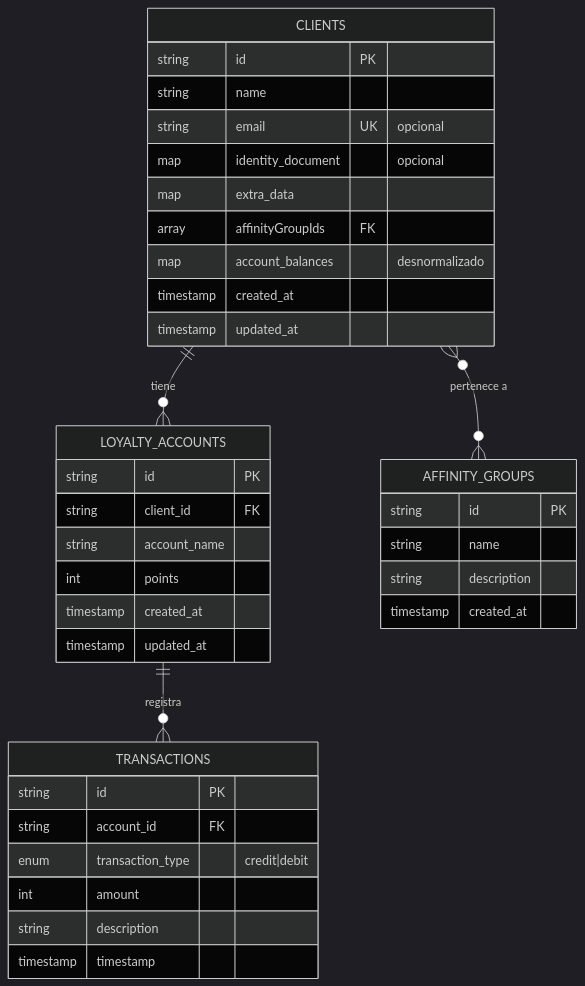
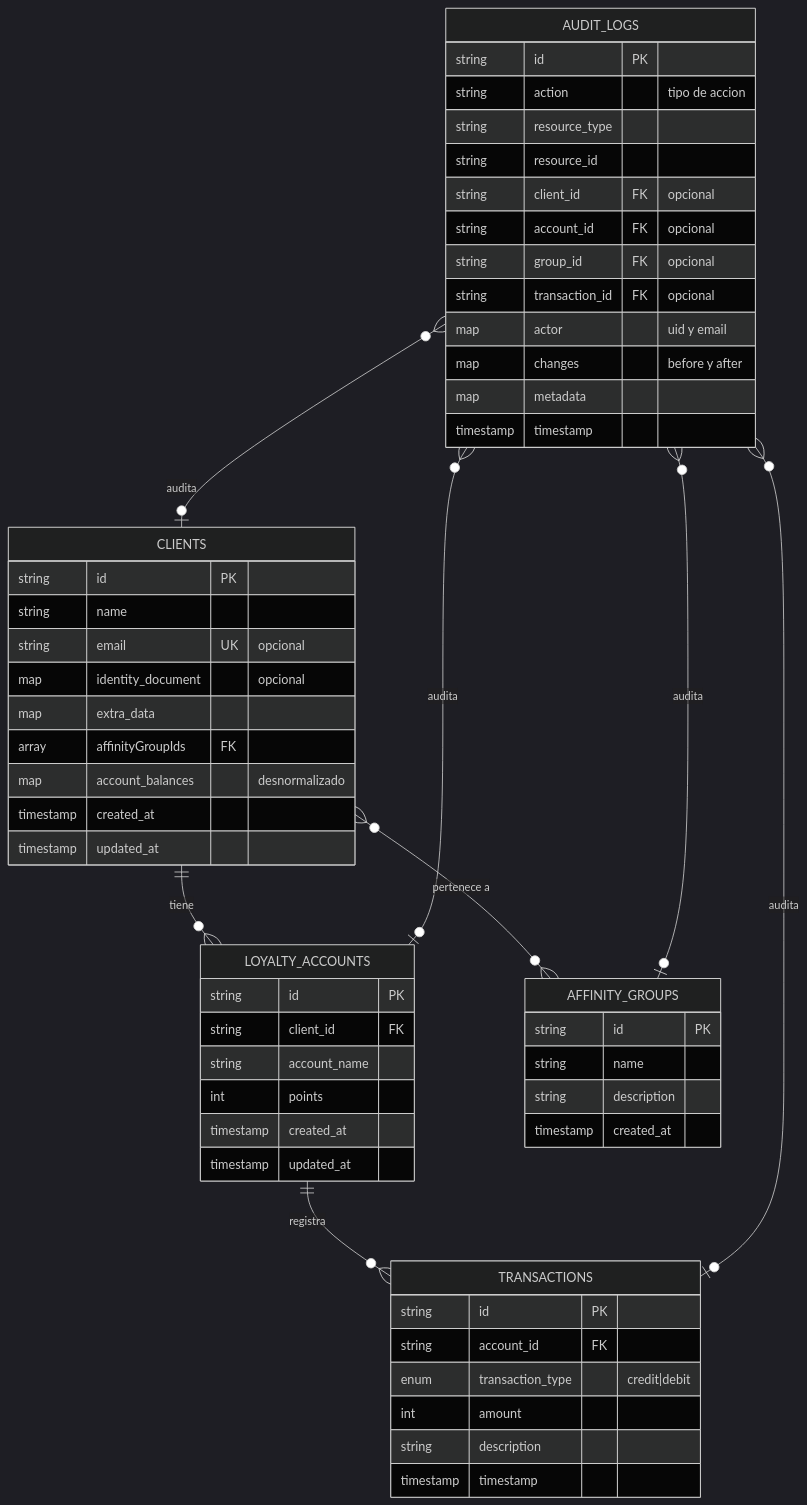
The second of 5 diagrams in README.md (fnoya/loyalty-gen), drawn with Mermaid (dark theme) before and after one commit. The commit also changed 1 other file, not shown here.

Commit message:
docs: add AUDIT_LOGS entity to data model diagrams
Updated the ER diagrams in README.md and docs/README.md to include
the auditLogs collection with its relationships to other entities
(clients, loyalty accounts, transactions, and affinity groups)
as defined in ARCHITECTURE.md section 4.1.

````diff
--- a/README.md
+++ b/README.md
@@ -139,43 +139,62 @@
 ```mermaid
 erDiagram
     CLIENTS ||--o{ LOYALTY_ACCOUNTS : "tiene"
     CLIENTS }o--o{ AFFINITY_GROUPS : "pertenece a"
     LOYALTY_ACCOUNTS ||--o{ TRANSACTIONS : "registra"
+    AUDIT_LOGS }o--o| CLIENTS : "audita"
+    AUDIT_LOGS }o--o| LOYALTY_ACCOUNTS : "audita"
+    AUDIT_LOGS }o--o| TRANSACTIONS : "audita"
+    AUDIT_LOGS }o--o| AFFINITY_GROUPS : "audita"
 
     CLIENTS {
         string id PK
         string name
         string email UK "opcional"
         map identity_document "opcional"
         map extra_data
         array affinityGroupIds FK
         map account_balances "desnormalizado"
         timestamp created_at
         timestamp updated_at
     }
 
     AFFINITY_GROUPS {
         string id PK
         string name
         string description
         timestamp created_at
     }
 
     LOYALTY_ACCOUNTS {
         string id PK
         string client_id FK
         string account_name
         int points
         timestamp created_at
         timestamp updated_at
     }
 
     TRANSACTIONS {
         string id PK
         string account_id FK
         enum transaction_type "credit|debit"
         int amount
         string description
         timestamp timestamp
     }
+
+    AUDIT_LOGS {
+        string id PK
+        string action "tipo de accion"
+        string resource_type
+        string resource_id
+        string client_id FK "opcional"
+        string account_id FK "opcional"
+        string group_id FK "opcional"
+        string transaction_id FK "opcional"
+        map actor "uid y email"
+        map changes "before y after"
+        map metadata
+        timestamp timestamp
+    }
 ```
````
